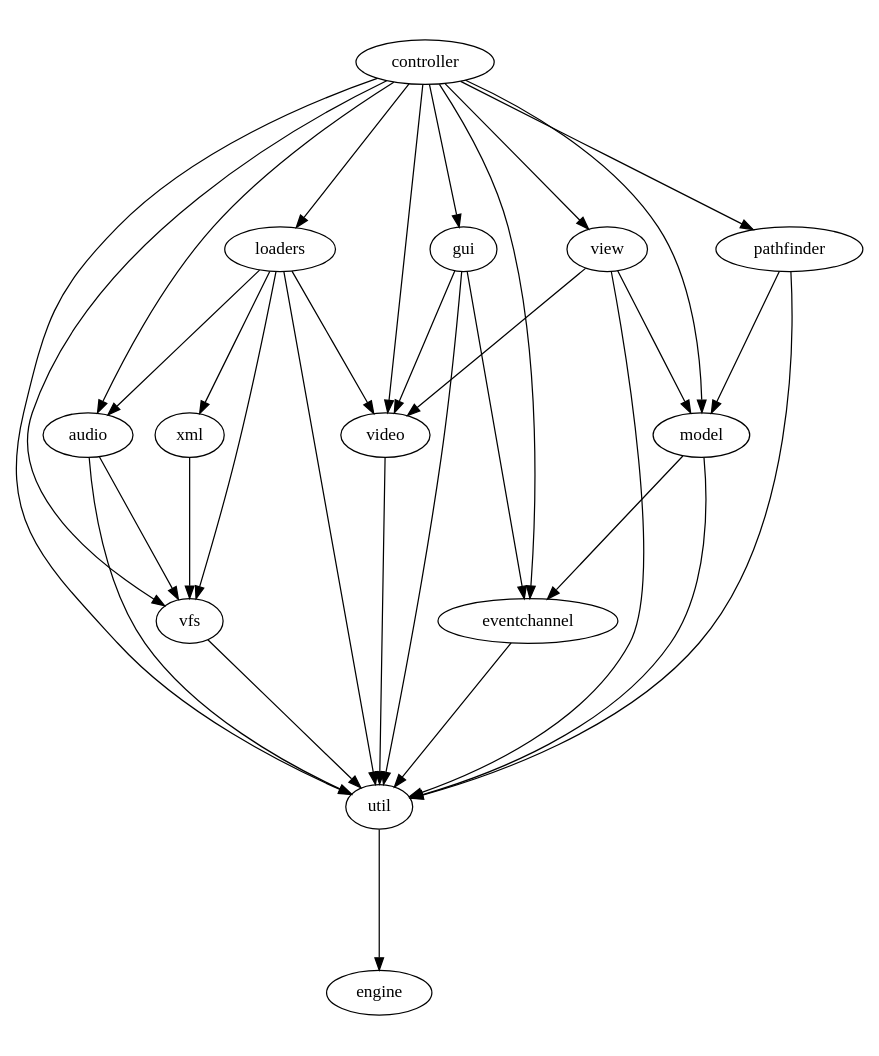
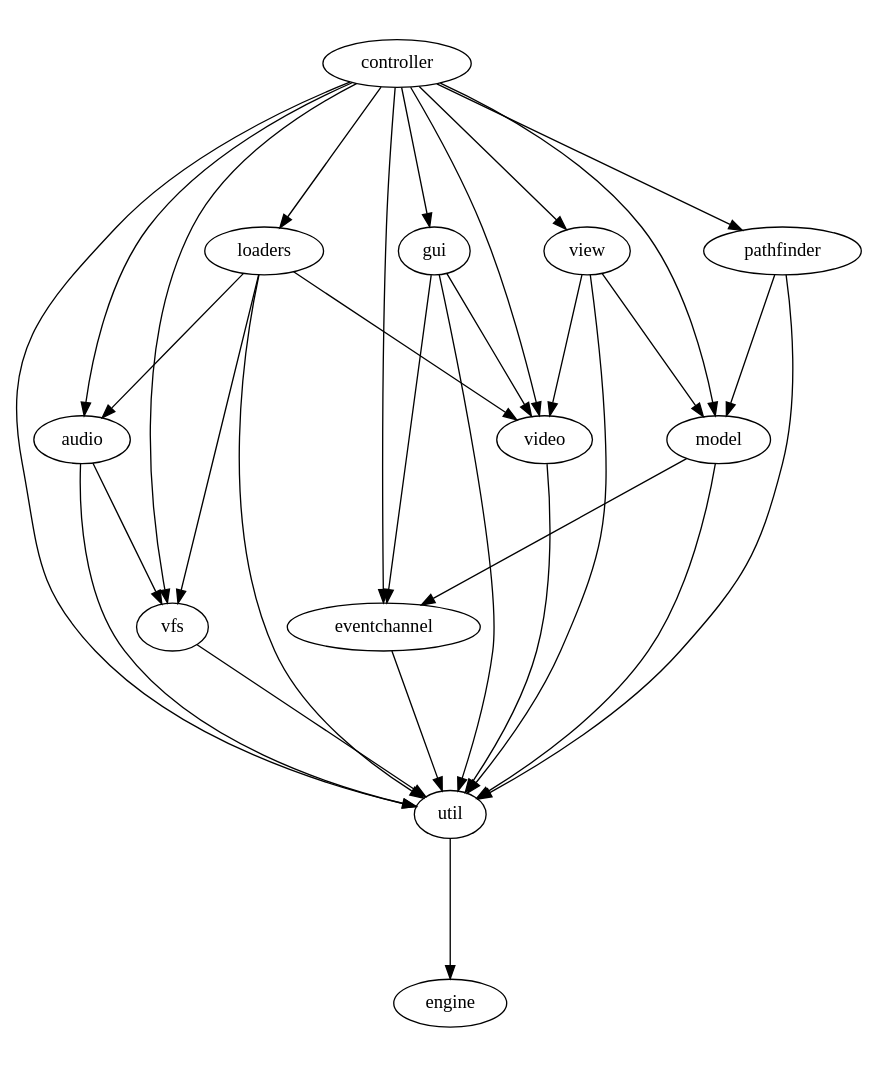
One commit to fifengine/fifengine changed the diagram in doc/dependencies/moduledeps.dot. Above: the diagram before and after it, drawn with Graphviz. The commit also changed 33 other files, not shown here.

Commit message:
Animation loaders implemented with new resource model, loading done in python side. TinyXML removed from core. Uses elementtree in python side for xml parsing, thus requires python 2.5. Uses VFS to read xml.

```diff
--- a/doc/dependencies/moduledeps.dot
+++ b/doc/dependencies/moduledeps.dot
@@ -1,40 +1,38 @@
 digraph "source tree" {
     overlap=scale;
     size="8,10";
     ratio="fill";
     fontsize="16";
     fontname="Helvetica";
     clusterrank="local";
     "audio" -> "util"
     "audio" -> "vfs"
     "controller" -> "audio"
     "controller" -> "eventchannel"
     "controller" -> "gui"
     "controller" -> "loaders"
     "controller" -> "model"
     "controller" -> "pathfinder"
     "controller" -> "util"
     "controller" -> "vfs"
     "controller" -> "video"
     "controller" -> "view"
     "eventchannel" -> "util"
     "gui" -> "eventchannel"
     "gui" -> "util"
     "gui" -> "video"
     "loaders" -> "audio"
     "loaders" -> "util"
     "loaders" -> "vfs"
     "loaders" -> "video"
-    "loaders" -> "xml"
     "model" -> "eventchannel"
     "model" -> "util"
     "pathfinder" -> "model"
     "pathfinder" -> "util"
     "util" -> "engine"
     "vfs" -> "util"
     "video" -> "util"
     "view" -> "model"
     "view" -> "util"
     "view" -> "video"
-    "xml" -> "vfs"
 }
```
